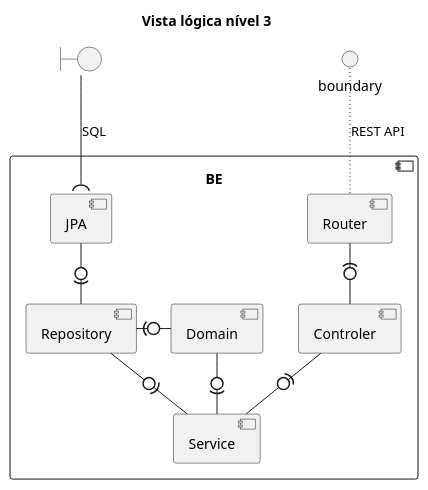
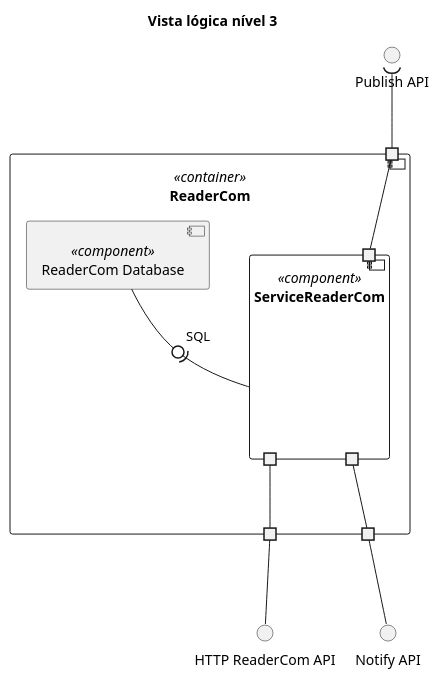
Before and after one commit to GitHubCatarina/SIDIS: the diagram in Docs/Design/Entrega2/Vistas Lógicas/Nível 3/Nivel3.puml, drawn with PlantUML. The commit also changed 20 other files, not shown here.

```diff
--- a/Docs/Design/Entrega2/Vistas Lógicas/Nível 3/Nivel3.puml
+++ b/Docs/Design/Entrega2/Vistas Lógicas/Nível 3/Nivel3.puml
@@ -1,30 +1,34 @@
 @startuml
  'https://plantuml.com/class-diagram
 
  hide circle
  skinparam classAttributeIconSize 0
 
 title Vista lógica nível 3
 
-component "BE" {
-    [Router]
-    [Controler]
-    [Service]
-    [Domain]
-    [Repository]
-    [JPA]
+component "ReaderCom" <<container>> as ReaderC{
+    portout " " as portoutReaderC1
+    portout " " as portoutReaderC2
+    portin " " as portinReaderC
+
+    component "ServiceReaderCom" <<component>>{
+        portin " " as portinReaderCBE
+        portout " " as portoutReaderBE1
+        portout " " as portoutReaderBE2
+    }
+
+    component "ReaderCom Database" <<component>>
+
+    portoutReaderBE1 -- portoutReaderC1
+    portoutReaderBE2 -- portoutReaderC2
+    portinReaderC - portinReaderCBE
+
 }
-boundary " "
-[Router] ~up~ boundary :REST API
-[Router] -down(0- [Controler]
-[Controler] -down(0- [Service]
-[Service] -down(0- [Domain]
-[Repository] -left(0- [Domain]
-[Service] -left(0- [Repository]
-[Repository] -up(0- [JPA]
-[JPA] )-up- " ":SQL
 
-
+"ReaderCom Database" -0)- ServiceReaderCom : "SQL"
+"Publish API" )-- portinReaderC
+portoutReaderC1 -- "HTTP ReaderCom API"
+portoutReaderC2 -- "Notify API"
 
 
 @enduml
```
